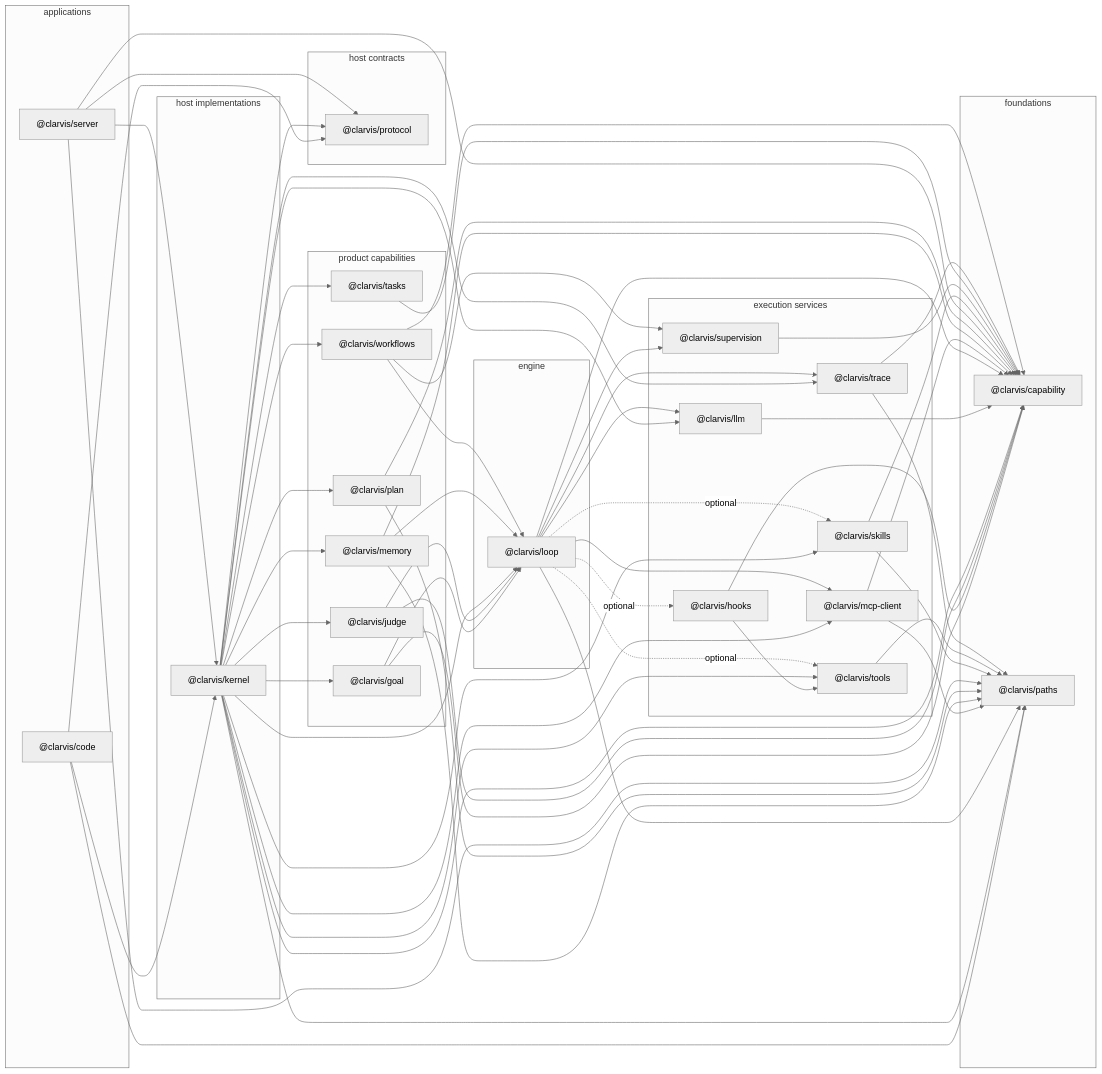
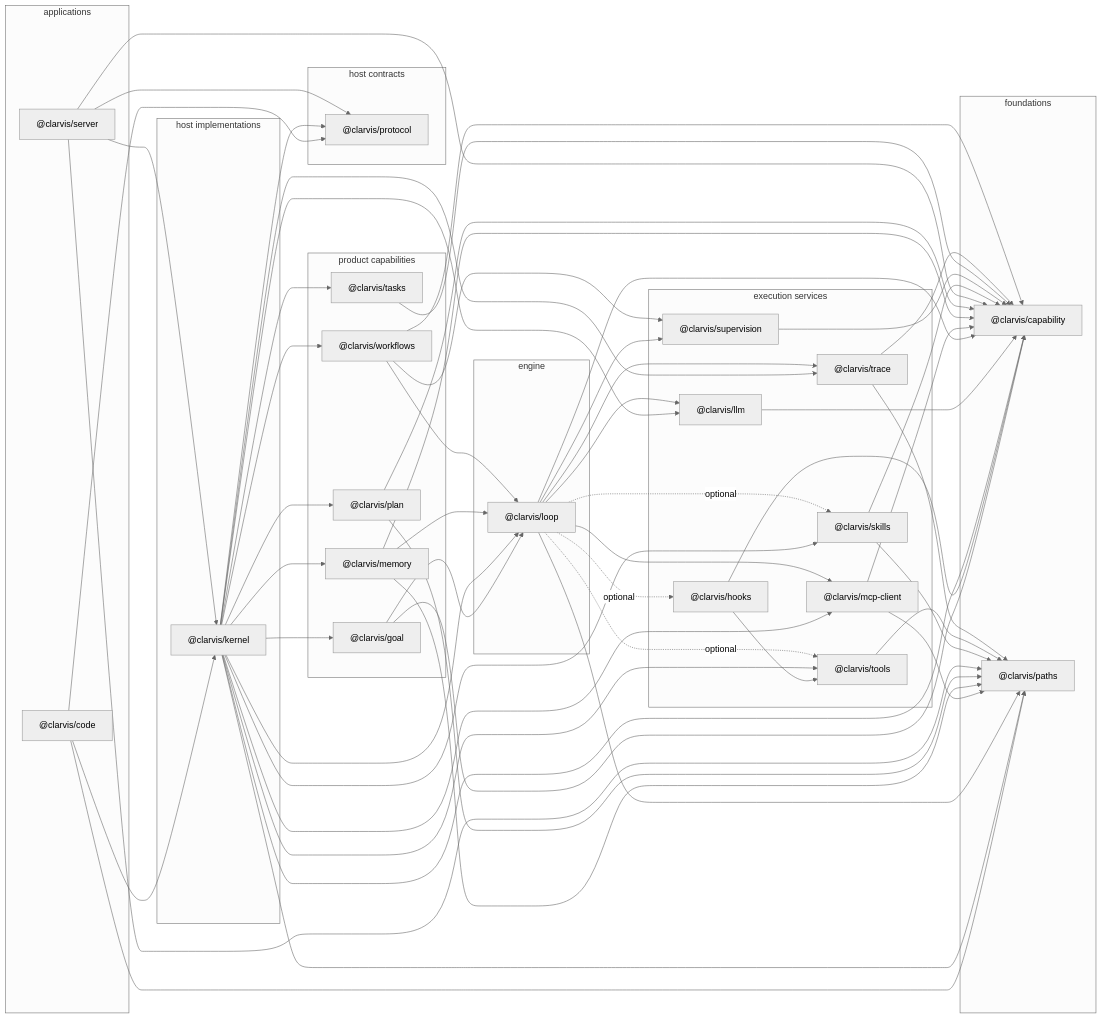
The diagram in specs/package-coupling-analysis.md (getclarvis/clarvis), drawn with Mermaid (neutral theme) before and after one commit. The commit also changed other lines of this file and 470 other files, not shown here.

```diff
--- a/specs/package-coupling-analysis.md
+++ b/specs/package-coupling-analysis.md
@@ -75,7 +74,6 @@
   end
   subgraph role_product_capability["product capabilities"]
     goal["@clarvis/goal"]
-    judge["@clarvis/judge"]
     memory["@clarvis/memory"]
     plan["@clarvis/plan"]
     tasks["@clarvis/tasks"]
@@ -95,11 +93,8 @@
   goal --> loop
   hooks --> capability
   hooks --> tools
-  judge --> capability
-  judge --> loop
   kernel --> capability
   kernel --> goal
-  kernel --> judge
   kernel --> llm
   kernel --> loop
   kernel --> mcp_client
```
